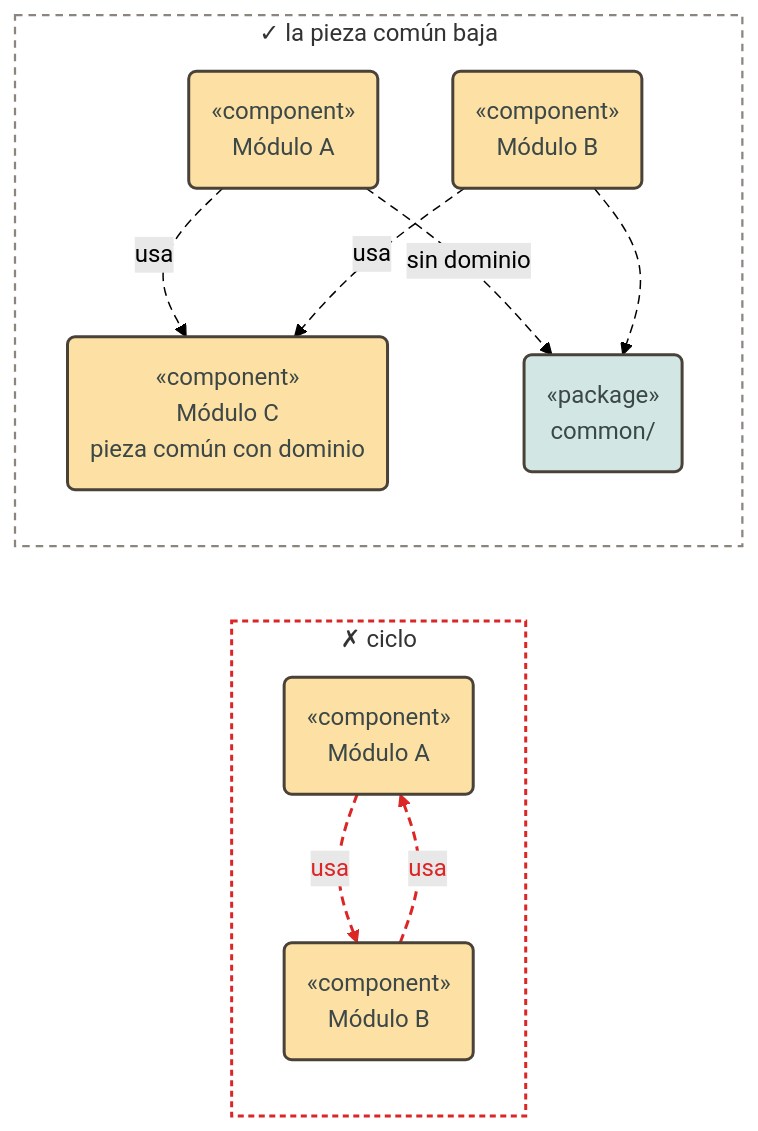
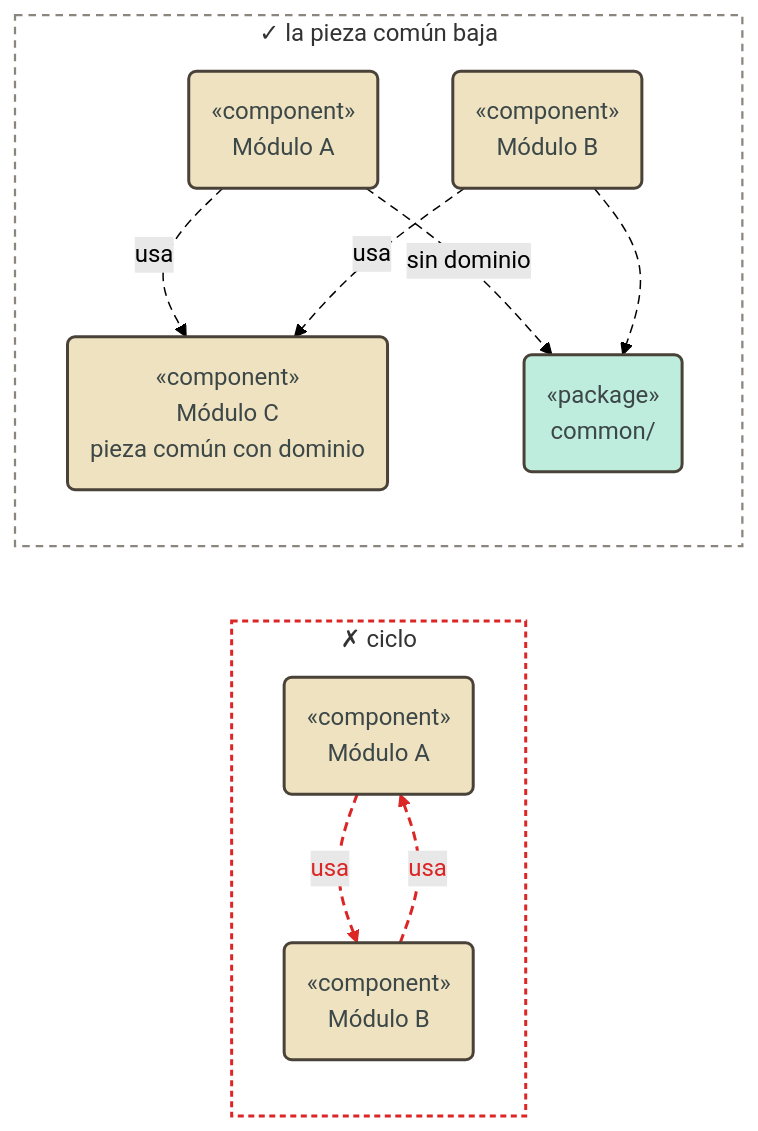
Before and after one commit to pcarroza91/nest-template: the sixth of 15 diagrams in docs/architecture/modular-microservice.md, drawn with Mermaid (forest theme). The commit also changed other lines of this file and 2 other files, not shown here.

First line of the commit message:
docs(architecture): colores por capa y componente en los diagramas Mermaid

````diff
--- a/docs/architecture/modular-microservice.md
+++ b/docs/architecture/modular-microservice.md
@@ -427,24 +453,24 @@
 ```mermaid
 flowchart LR
     subgraph MAL["✗ ciclo"]
         A1("«component»<br/>Módulo A") -- "usa" --> B1("«component»<br/>Módulo B")
         B1 -- "usa" --> A1
     end
     subgraph BIEN["✓ la pieza común baja"]
         A2("«component»<br/>Módulo A") -- "usa" --> C("«component»<br/>Módulo C<br/>pieza común con dominio")
         B2("«component»<br/>Módulo B") -- "usa" --> C
         A2 -. "sin dominio" .-> COM("«package»<br/>common/")
         B2 -.-> COM
     end
 
-    classDef domain fill:#fde0a3,stroke:#494238,stroke-width:2px,color:#3c4747
-    classDef shared fill:#d2e7e4,stroke:#494238,stroke-width:2px,color:#3c4747
+    classDef modules fill:#efe2c0,stroke:#494238,stroke-width:2px,color:#3c4747
+    classDef common fill:#beecdd,stroke:#494238,stroke-width:2px,color:#3c4747
     classDef bad fill:transparent,stroke:#dc2626,stroke-width:2px,stroke-dasharray:4 3
     classDef pkg fill:transparent,stroke:#8a857d,stroke-width:1.5px,stroke-dasharray:5 4
-    class A1,B1,A2,B2,C domain
-    class COM shared
+    class A1,B1,A2,B2,C modules
+    class COM common
     class MAL bad
     class BIEN pkg
     linkStyle default stroke-dasharray:6 4
     linkStyle 0,1 stroke:#dc2626,stroke-width:2px,color:#dc2626
 ```
````
